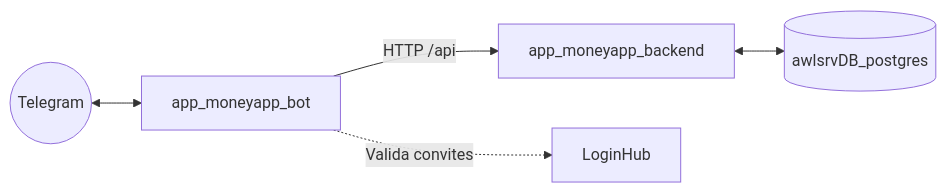
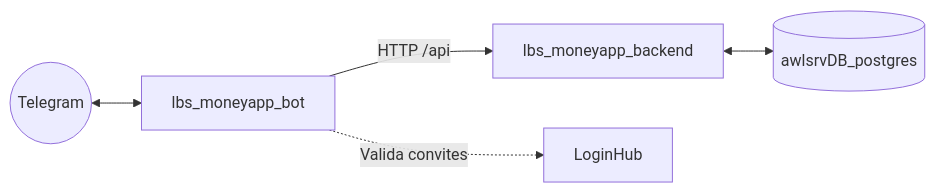
Before and after one commit to moablive/MoneyAPP: the diagram in apps/bot/README.md, drawn with Mermaid. The commit also changed other lines of this file, not shown here.

First line of the commit message:
docs(bot): atualiza nomes de container após o rename para lbs_

````diff
--- a/apps/bot/README.md
+++ b/apps/bot/README.md
@@ -23,7 +23,7 @@
 ```mermaid
 flowchart LR
-  Telegram((Telegram)) <--> BOT[app_moneyapp_bot]
-  BOT -- "HTTP /api" --> API[app_moneyapp_backend]
+  Telegram((Telegram)) <--> BOT[lbs_moneyapp_bot]
+  BOT -- "HTTP /api" --> API[lbs_moneyapp_backend]
   API <--> DB[(awlsrvDB_postgres)]
   BOT -. "Valida convites" .-> LoginHub
 ```
````
